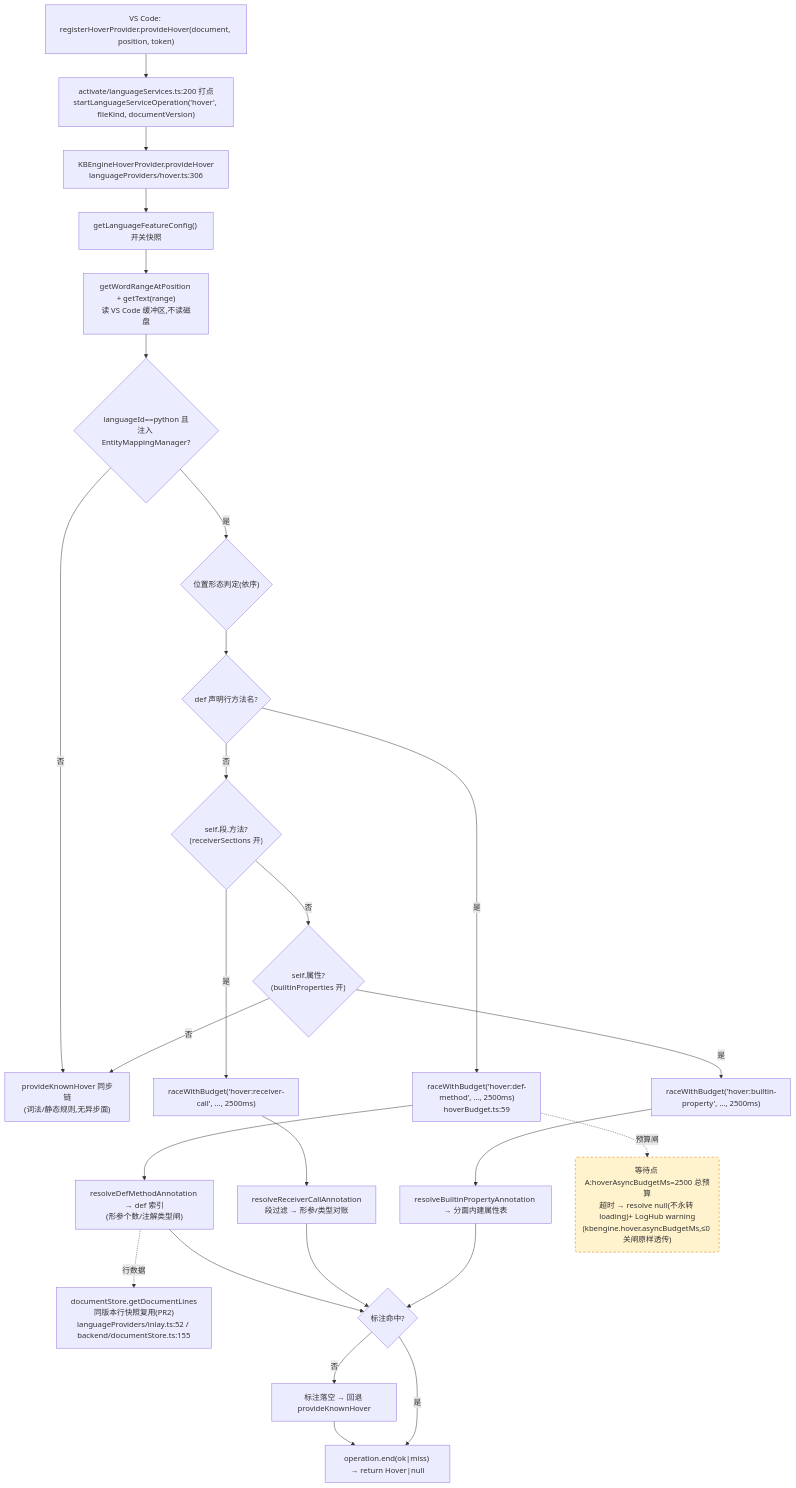
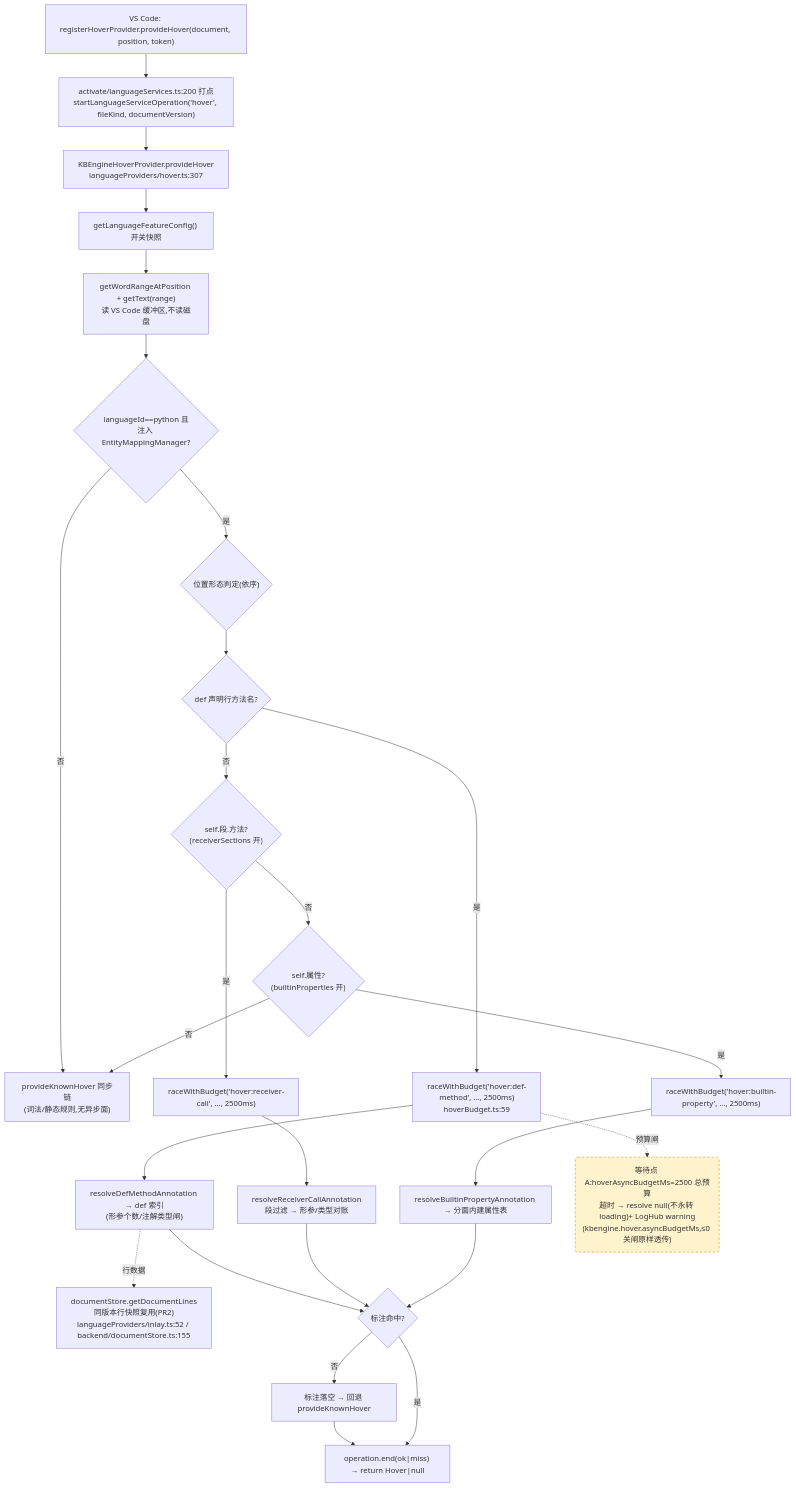
One commit to cuihairu/kode changed the first of 4 diagrams in docs/perf/2026-baseline.md. Above: the diagram before and after it, drawn with Mermaid. The commit also changed other lines of this file and 15 other files, not shown here.

````diff
--- a/docs/perf/2026-baseline.md
+++ b/docs/perf/2026-baseline.md
@@ -86,45 +87,45 @@
 ```mermaid
 flowchart TD
   VC1["VS Code: registerHoverProvider.provideHover(document, position, token)"]
   M1["activate/languageServices.ts:200 打点<br/>startLanguageServiceOperation('hover', fileKind, documentVersion)"]
-  HP["KBEngineHoverProvider.provideHover<br/>languageProviders/hover.ts:306"]
+  HP["KBEngineHoverProvider.provideHover<br/>languageProviders/hover.ts:307"]
   CFG["getLanguageFeatureConfig() 开关快照"]
   WORD["getWordRangeAtPosition + getText(range)<br/>读 VS Code 缓冲区,不读磁盘"]
   BR{"languageId==python 且<br/>注入 EntityMappingManager?"}
   KN["provideKnownHover 同步链<br/>(词法/静态规则,无异步面)"]
   POS{"位置形态判定(依序)"}
   D1{"def 声明行方法名?"}
   D2{"self.段.方法?<br/>(receiverSections 开)"}
   D3{"self.属性?<br/>(builtinProperties 开)"}
   RA1["raceWithBudget('hover:def-method', …, 2500ms)<br/>hoverBudget.ts:59"]
   RA2["raceWithBudget('hover:receiver-call', …, 2500ms)"]
   RA3["raceWithBudget('hover:builtin-property', …, 2500ms)"]
   RS1["resolveDefMethodAnnotation → def 索引<br/>(形参个数/注解类型闸)"]
   RS2["resolveReceiverCallAnnotation<br/>段过滤 → 形参/类型对账"]
   RS3["resolveBuiltinPropertyAnnotation → 分面内建属性表"]
   LINES["documentStore.getDocumentLines<br/>同版本行快照复用(PR2)<br/>languageProviders/inlay.ts:52 / backend/documentStore.ts:155"]
   MISS["标注落空 → 回退 provideKnownHover"]
   END1["operation.end(ok|miss) → return Hover|null"]
 
   VC1 --> M1 --> HP --> CFG --> WORD --> BR
   BR -- "否" --> KN
   BR -- "是" --> POS --> D1
   D1 -- "是" --> RA1 --> RS1
   D1 -- "否" --> D2
   D2 -- "是" --> RA2 --> RS2
   D2 -- "否" --> D3
   D3 -- "是" --> RA3 --> RS3
   D3 -- "否" --> KN
   RS1 --> HIT{"标注命中?"}
   RS2 --> HIT
   RS3 --> HIT
   RS1 -.->|行数据| LINES
   HIT -- "否" --> MISS --> END1
   HIT -- "是" --> END1
 
   WAITA("等待点 A:hoverAsyncBudgetMs=2500 总预算<br/>超时 → resolve null(不永转 loading)+ LogHub warning<br/>(kbengine.hover.asyncBudgetMs,≤0 关闸原样透传)")
   RA1 -.->|预算闸| WAITA
 
   classDef waitPoint fill:#fff3cd,stroke:#d97706,stroke-dasharray:5 4;
   class WAITA waitPoint;
 ```
````
